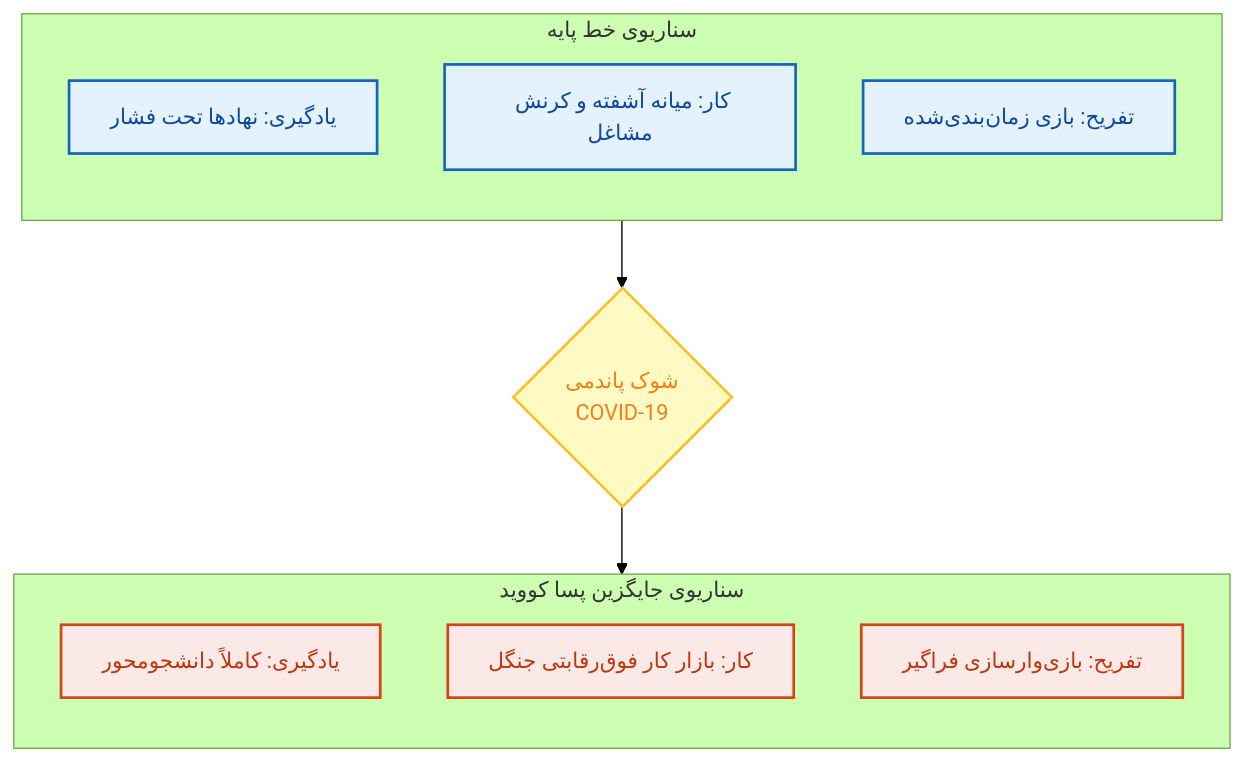
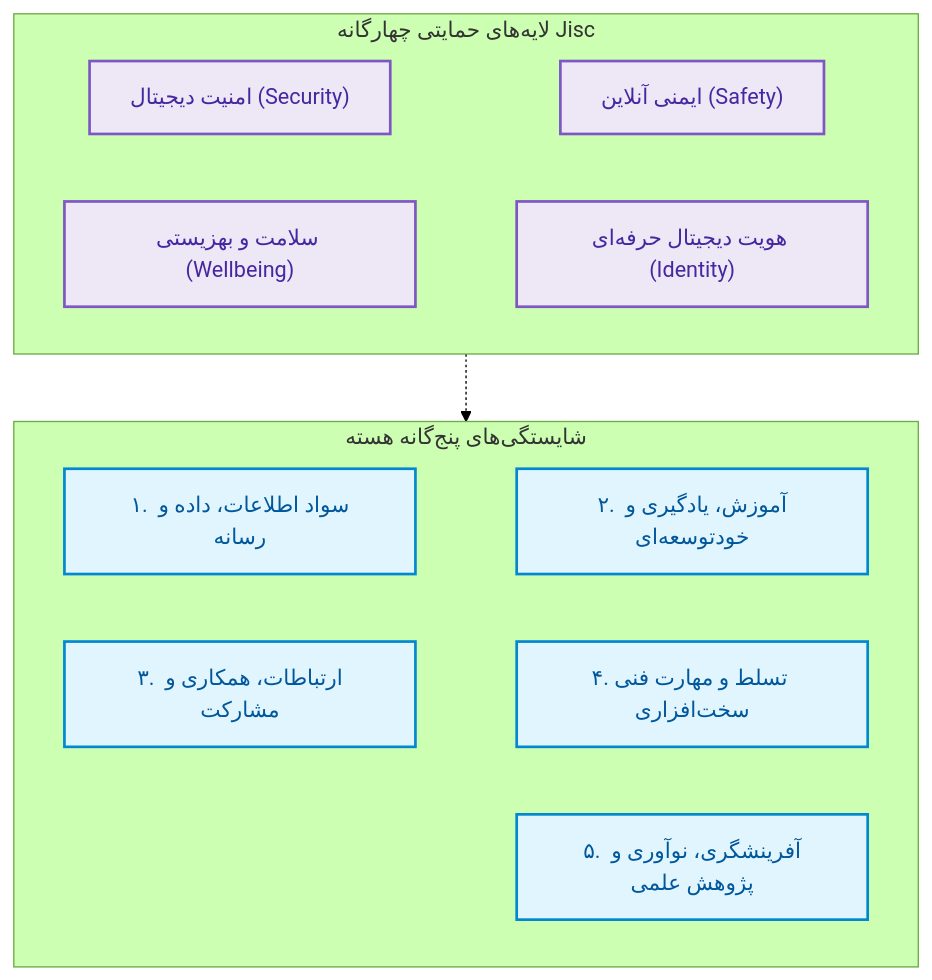
Before and after one commit to neopulse-hub/-TUMS-1402-2-material-notes-: the first of 26 diagrams in 05/تکنولوژی و اطلاع‌رسانی/جزوه‌محور - خلاصه.md, drawn with Mermaid (forest theme). The commit also changed other lines of this file, not shown here.

````diff
--- a/05/تکنولوژی و اطلاع‌رسانی/جزوه‌محور - خلاصه.md
+++ b/05/تکنولوژی و اطلاع‌رسانی/جزوه‌محور - خلاصه.md
@@ -17,25 +48,26 @@
 ```mermaid
 flowchart TD
-    classDef base fill:#e3f2fd,stroke:#1565c0,stroke-width:2px,color:#0d47a1;
-    classDef alt fill:#fbe9e7,stroke:#d84315,stroke-width:2px,color:#bf360c;
-    classDef cov fill:#fff9c4,stroke:#fbc02d,stroke-width:2px,color:#f57f17;
+    classDef core fill:#e1f5fe,stroke:#0288d1,stroke-width:2px,color:#01579b;
+    classDef umb fill:#ede7f6,stroke:#7e57c2,stroke-width:2px,color:#4527a0;
 
-    subgraph Baseline ["سناریوی خط پایه"]
-    direction TB
-        B1["یادگیری: نهادها تحت فشار"]:::base
-        B2["کار: میانه آشفته و کرنش مشاغل"]:::base
-        B3["تفریح: بازی زمان‌بندی‌شده"]:::base
+    subgraph Layers ["لایه‌های حمایتی چهارگانه Jisc"]
+        U1["امنیت دیجیتال (Security)"]:::umb
+        ~~~
+        U2["ایمنی آنلاین (Safety)"]:::umb
+        U3["سلامت و بهزیستی (Wellbeing)"]:::umb
+        ~~~
+        U4["هویت دیجیتال حرفه‌ای (Identity)"]:::umb
     end
 
-    COVID{"شوک پاندمی<br>COVID-19"}:::cov
-
-    subgraph Alternative ["سناریوی جایگزین پسا کووید"]
-    direction TB
-        A1["یادگیری: کاملاً دانشجومحور"]:::alt
-        A2["کار: بازار کار فوق‌رقابتی جنگل"]:::alt
-        A3["تفریح: بازی‌وارسازی فراگیر"]:::alt
+    subgraph Cores ["شایستگی‌های پنج‌گانه هسته"]
+        C1["۱. سواد اطلاعات، داده و رسانه"]:::core
+        ~~~
+        C2["۲. آموزش، یادگیری و خودتوسعه‌ای"]:::core
+        C3["۳. ارتباطات، همکاری و مشارکت"]:::core
+        ~~~
+        C4["۴. تسلط و مهارت فنی سخت‌افزاری"]:::core
+        C5["۵. آفرینشگری، نوآوری و پژوهش علمی"]:::core
     end
 
-    Baseline --> COVID
-    COVID --> Alternative
+    Layers -.-> Cores
 ```
````
